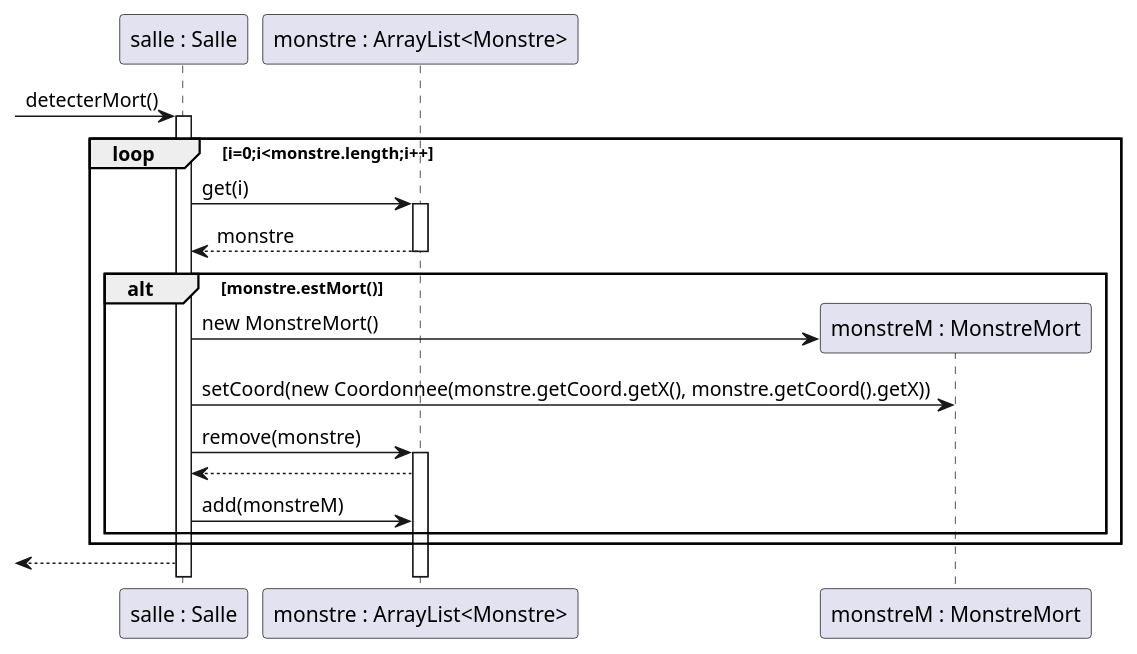
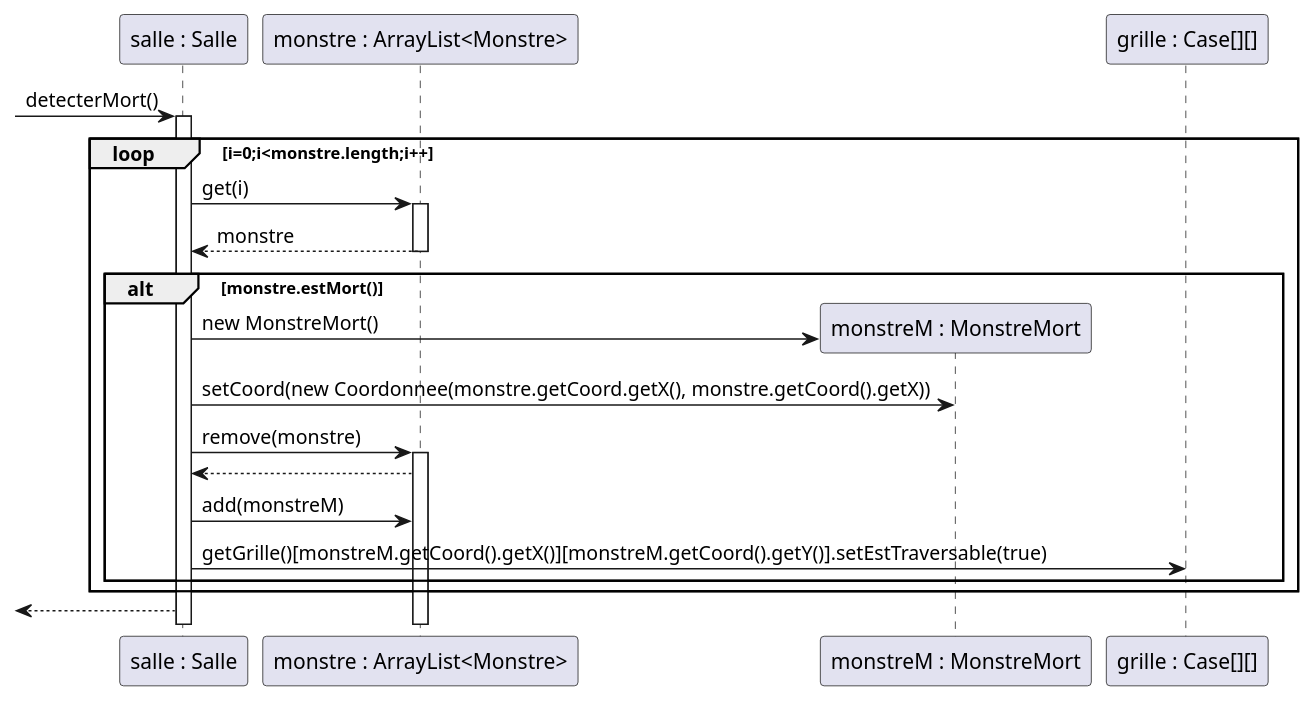
The diagram in projet_zeldiablo/sequence_salle_detectionDesMorts.puml (GeoffroyMuller/2018_COO_Zeldiablo), drawn with PlantUML before and after one commit. The commit also changed 2 other files, not shown here.

```diff
--- a/projet_zeldiablo/sequence_salle_detectionDesMorts.puml
+++ b/projet_zeldiablo/sequence_salle_detectionDesMorts.puml
@@ -1,24 +1,26 @@
 @startuml
 Participant "salle : Salle" as s
 Participant "monstre : ArrayList<Monstre>" as m
 ->s : detecterMort()
 activate s
 loop i=0;i<monstre.length;i++
 s->m : get(i)
 activate m
 m-->s : monstre
 deactivate m
 alt monstre.estMort()
 create "monstreM : MonstreMort" as mm
 s->mm : new MonstreMort()
 s->mm : setCoord(new Coordonnee(monstre.getCoord.getX(), monstre.getCoord().getX))
 s->m : remove(monstre)
 activate m
 m-->s
 s->m : add(monstreM)
+Participant "grille : Case[][]" as grille
+s->grille : getGrille()[monstreM.getCoord().getX()][monstreM.getCoord().getY()].setEstTraversable(true)
 end
 end
 <--s
 
 
 @enduml
```
